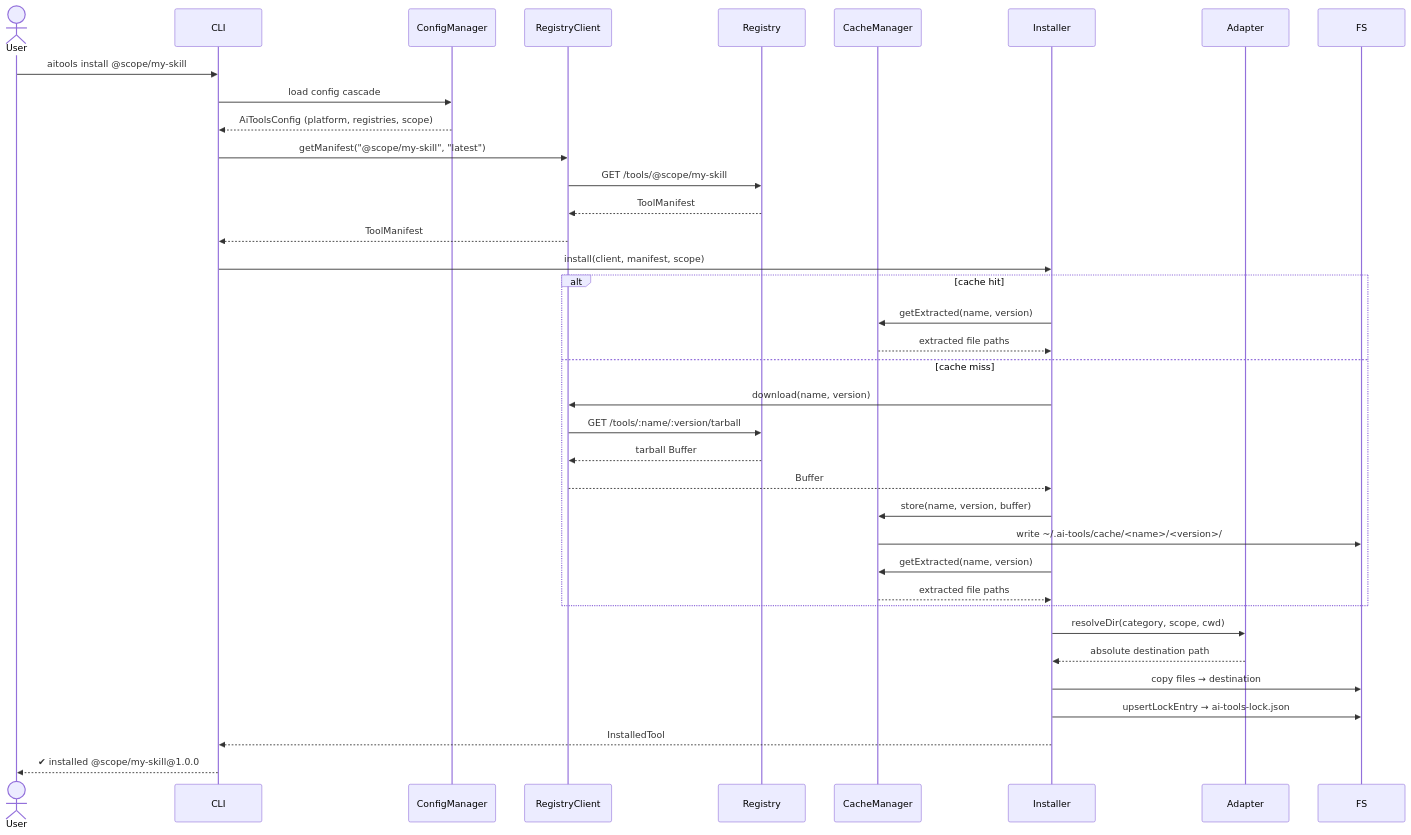
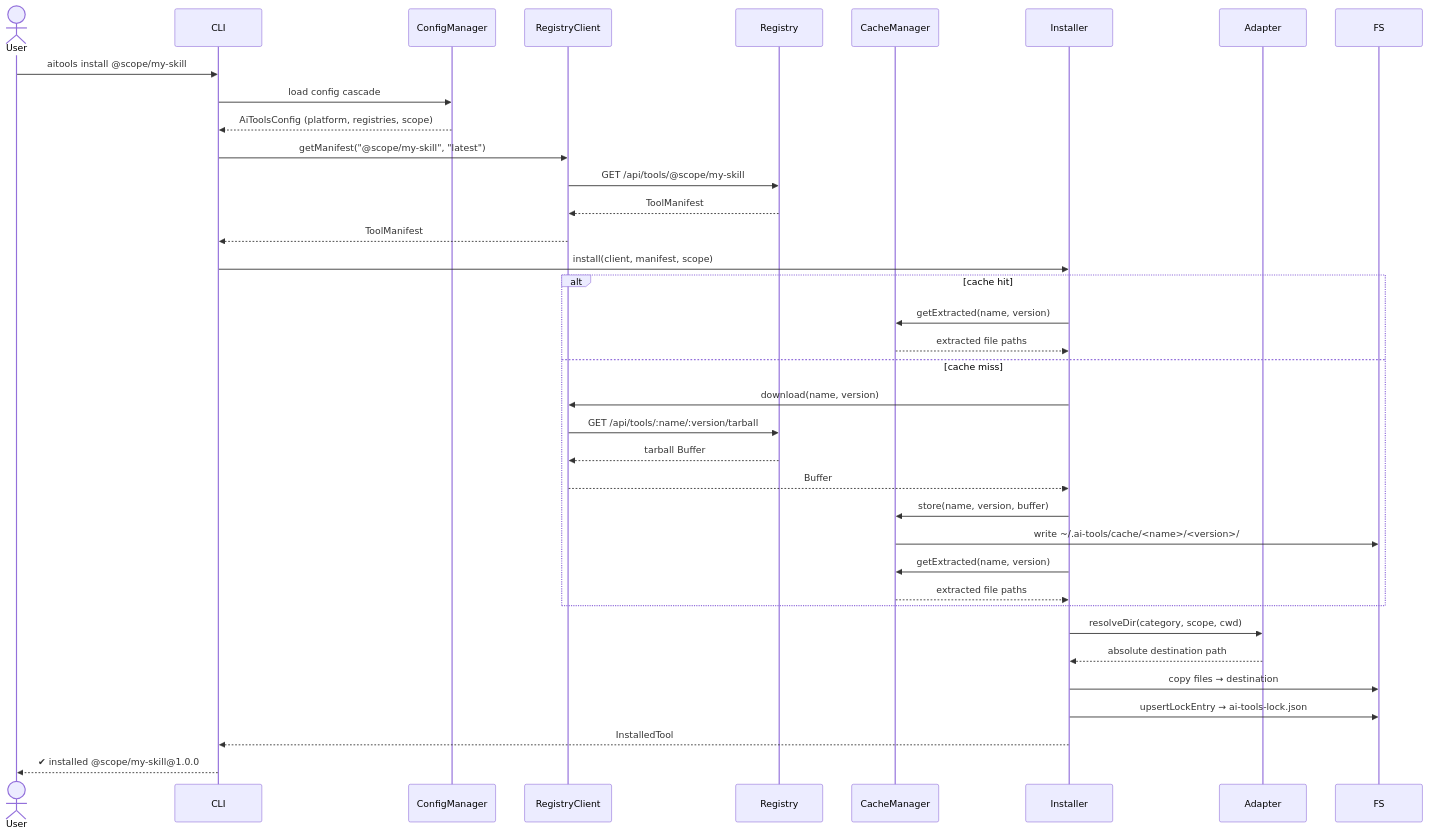
The first of 6 diagrams in docs/design/flows.md (bitgenetics/aitools), drawn with Mermaid before and after one commit. The commit also changed other lines of this file and 13 other files, not shown here.

````diff
--- a/docs/design/flows.md
+++ b/docs/design/flows.md
@@ -19,46 +19,46 @@
 ```mermaid
 sequenceDiagram
     actor User
     participant CLI
     participant ConfigManager
     participant RegistryClient
     participant Registry
     participant CacheManager
     participant Installer
     participant Adapter
     participant FS
 
     User->>CLI: aitools install @scope/my-skill
     CLI->>ConfigManager: load config cascade
     ConfigManager-->>CLI: AiToolsConfig (platform, registries, scope)
 
     CLI->>RegistryClient: getManifest("@scope/my-skill", "latest")
-    RegistryClient->>Registry: GET /tools/@scope/my-skill
+    RegistryClient->>Registry: GET /api/tools/@scope/my-skill
     Registry-->>RegistryClient: ToolManifest
     RegistryClient-->>CLI: ToolManifest
 
     CLI->>Installer: install(client, manifest, scope)
 
     alt cache hit
         Installer->>CacheManager: getExtracted(name, version)
         CacheManager-->>Installer: extracted file paths
     else cache miss
         Installer->>RegistryClient: download(name, version)
-        RegistryClient->>Registry: GET /tools/:name/:version/tarball
+        RegistryClient->>Registry: GET /api/tools/:name/:version/tarball
         Registry-->>RegistryClient: tarball Buffer
         RegistryClient-->>Installer: Buffer
         Installer->>CacheManager: store(name, version, buffer)
         CacheManager->>FS: write ~/.ai-tools/cache/<name>/<version>/
         Installer->>CacheManager: getExtracted(name, version)
         CacheManager-->>Installer: extracted file paths
     end
 
     Installer->>Adapter: resolveDir(category, scope, cwd)
     Adapter-->>Installer: absolute destination path
 
     Installer->>FS: copy files → destination
     Installer->>FS: upsertLockEntry → ai-tools-lock.json
     Installer-->>CLI: InstalledTool
 
     CLI-->>User: ✔ installed @scope/my-skill@1.0.0
 ```
````
